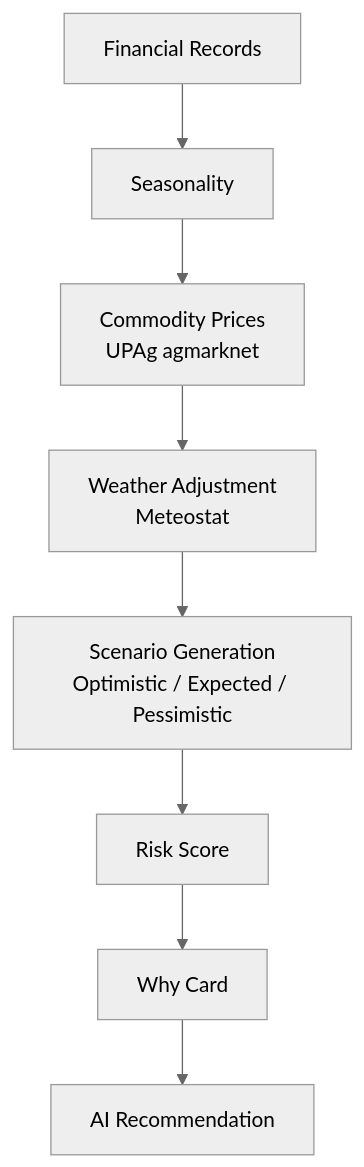
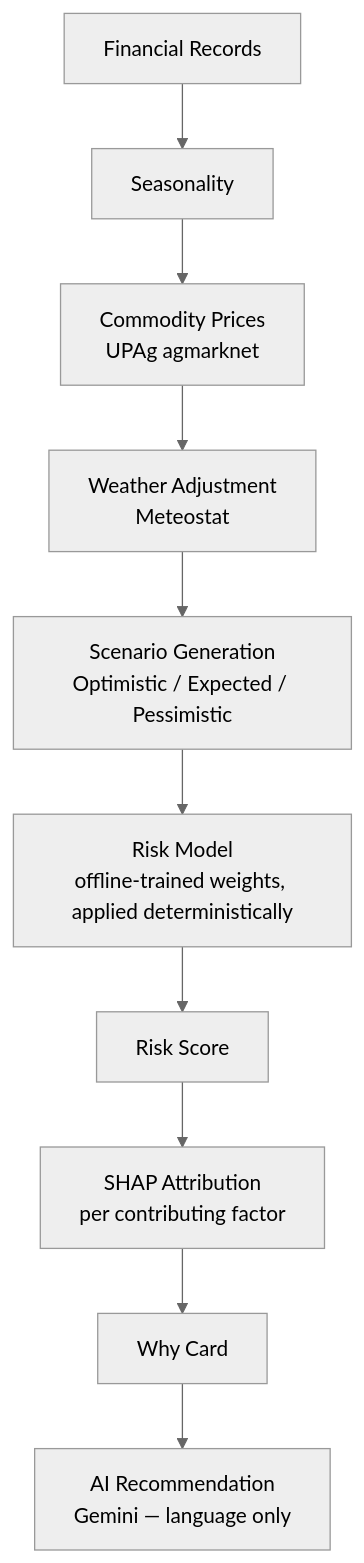
One commit to Agnik47/Fasal-Becho changed the third of 4 diagrams in README.md. Above: the diagram before and after it, drawn with Mermaid (neutral theme). The commit also changed other lines of this file and 11 other files, not shown here.

````diff
--- a/README.md
+++ b/README.md
@@ -206,10 +214,12 @@
 ```mermaid
 flowchart TD
     A[Financial Records] --> B[Seasonality]
     B --> C["Commodity Prices<br/>UPAg agmarknet"]
     C --> D["Weather Adjustment<br/>Meteostat"]
     D --> E["Scenario Generation<br/>Optimistic / Expected / Pessimistic"]
-    E --> F[Risk Score]
-    F --> G[Why Card]
-    G --> H[AI Recommendation]
+    E --> F["Risk Model<br/>offline-trained weights, applied deterministically"]
+    F --> G[Risk Score]
+    G --> H["SHAP Attribution<br/>per contributing factor"]
+    H --> I[Why Card]
+    I --> J["AI Recommendation<br/>Gemini — language only"]
 ```
````
